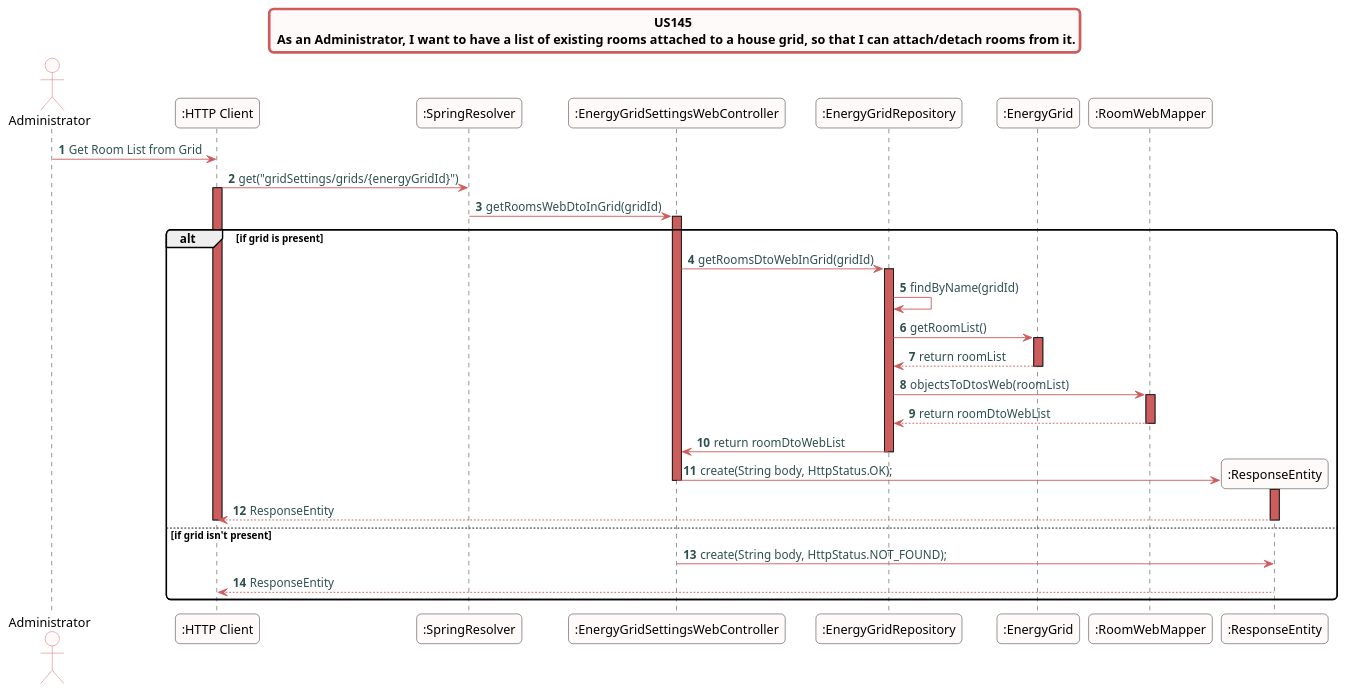
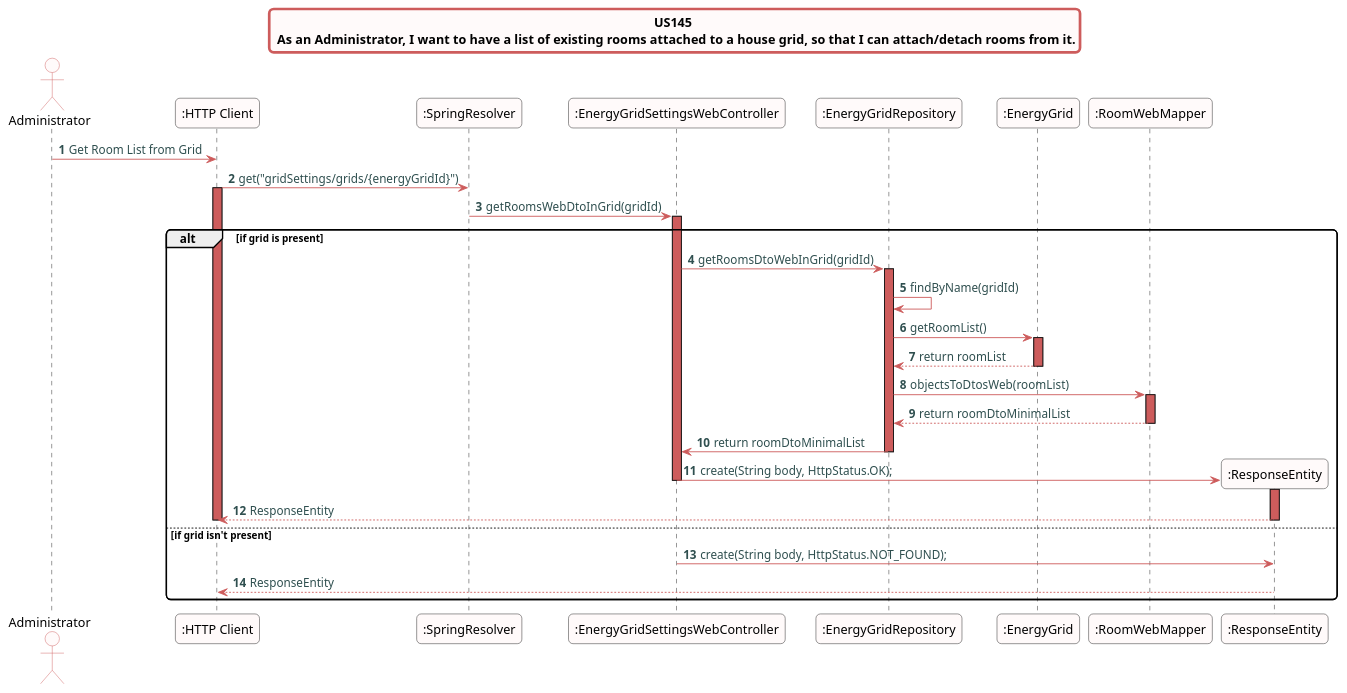
Before and after one commit to Almadanmp/project: the diagram in src/doc/WEB_Controllers/EnergyGridSettings/US145/US145_sd_EnergyGridSettingsWebController.puml, drawn with PlantUML. The commit also changed 11 other files, not shown here.

```diff
--- a/src/doc/WEB_Controllers/EnergyGridSettings/US145/US145_sd_EnergyGridSettingsWebController.puml
+++ b/src/doc/WEB_Controllers/EnergyGridSettings/US145/US145_sd_EnergyGridSettingsWebController.puml
@@ -1,60 +1,60 @@
 @startuml
 skinparam titleBorderRoundCorner 10
 skinparam titleBorderThickness 3
 skinparam titleBorderColor indianred
 skinparam titleBackgroundColor snow
 skinparam FontName quicksand
 
 skinparam actor {
   BorderColor indianred
   backgroundColor Snow
   }
 
 skinparam sequence {
   LifeLineBackgroundColor indianred
   ParticipantBackgroundColor snow
 }
 
 skinparam roundcorner 10
 
 skinparam component {
   arrowThickness 1
   ArrowFontName Verdana
   ArrowColor indianred
   ArrowFontColor darkslategrey
 }
 
 title US145 \n As an Administrator, I want to have a list of existing rooms attached to a house grid, so that I can attach/detach rooms from it.
 autonumber
 actor "Administrator"
 "Administrator" -> ":HTTP Client":  Get Room List from Grid
 ":HTTP Client" -> ":SpringResolver": get("gridSettings/grids/{energyGridId}")
 activate ":HTTP Client"
 ":SpringResolver" -> ":EnergyGridSettingsWebController": getRoomsWebDtoInGrid(gridId)
 activate ":EnergyGridSettingsWebController"
 alt if grid is present
 ":EnergyGridSettingsWebController" -> ":EnergyGridRepository": getRoomsDtoWebInGrid(gridId)
 activate ":EnergyGridRepository"
 ":EnergyGridRepository" -> ":EnergyGridRepository": findByName(gridId)
 ":EnergyGridRepository" -> ":EnergyGrid": getRoomList()
 activate ":EnergyGrid"
 ":EnergyGrid" --> ":EnergyGridRepository" : return roomList
 deactivate ":EnergyGrid"
 ":EnergyGridRepository" -> ":RoomWebMapper": objectsToDtosWeb(roomList)
 activate ":RoomWebMapper"
-":RoomWebMapper" --> ":EnergyGridRepository" : return roomDtoWebList
+":RoomWebMapper" --> ":EnergyGridRepository" : return roomDtoMinimalList
 deactivate ":RoomWebMapper"
-":EnergyGridRepository" -> ":EnergyGridSettingsWebController" : return roomDtoWebList
+":EnergyGridRepository" -> ":EnergyGridSettingsWebController" : return roomDtoMinimalList
 deactivate ":EnergyGridRepository"
 create ":ResponseEntity"
 ":EnergyGridSettingsWebController" -> ":ResponseEntity": create(String body, HttpStatus.OK);
 activate ":ResponseEntity"
 deactivate ":EnergyGridSettingsWebController"
 ":ResponseEntity" --> ":HTTP Client": ResponseEntity
 deactivate ":ResponseEntity"
 deactivate ":HTTP Client"
 else if grid isn't present
 ":EnergyGridSettingsWebController" -> ":ResponseEntity": create(String body, HttpStatus.NOT_FOUND);
 ":ResponseEntity" --> ":HTTP Client": ResponseEntity
 end
 @enduml
```
